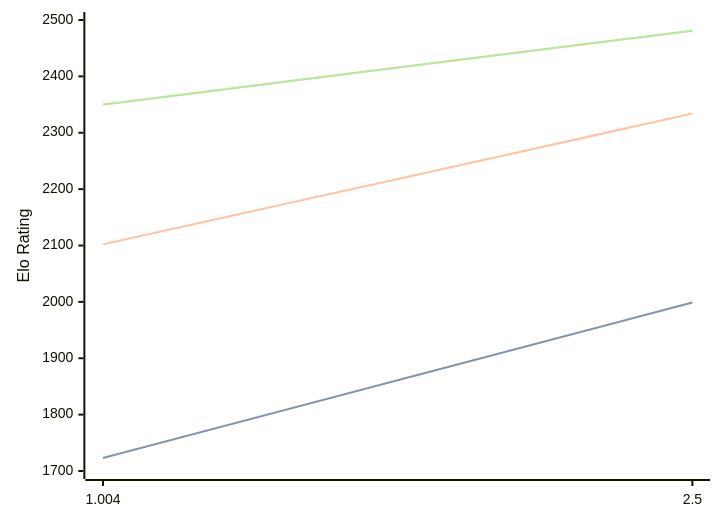
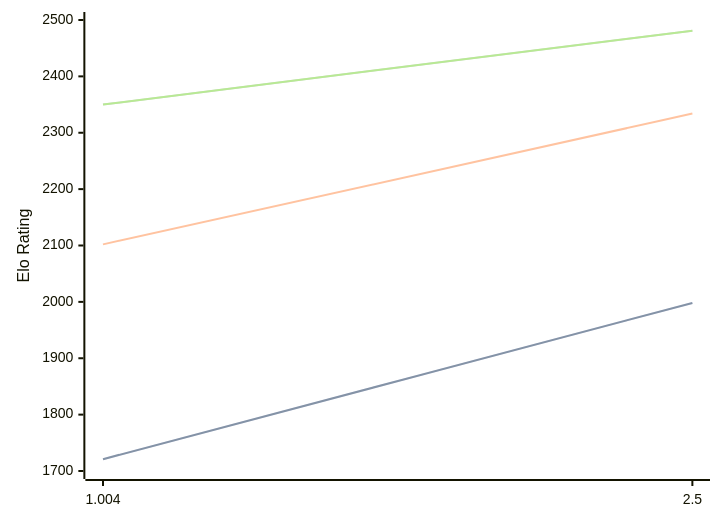
The diagram in engines/Ares.md (computer-chess-index/cci), drawn with Mermaid before and after one commit. The commit also changed other lines of this file, not shown here.

````diff
--- a/engines/Ares.md
+++ b/engines/Ares.md
@@ -32,11 +32,11 @@
 ```mermaid
 %%{init: {"theme":"base","themeVariables":{"seriesColors:['#a3a3a3','#222221','#faa371']}}}%%
 xychart-beta
   x-axis ["1.004", "2.5"]
   y-axis "Elo Rating" 1700 --> 2500
-  line "STC (8.0+0.08s)" [1723, 1999]
-  line "STC (8.0+0.08s)" [1723, 1999]
+  line "STC (8.0+0.08s)" [1721, 1998]
+  line "STC (8.0+0.08s)" [1721, 1998]
   line "LTC (60.0+0.60s)" [2102, 2334]
   line "VLTC (2m24s+1.12s)" [2350, 2481]
   line "VLTC (2m24s+1.12s)" [2350, 2481]
 ```
````
